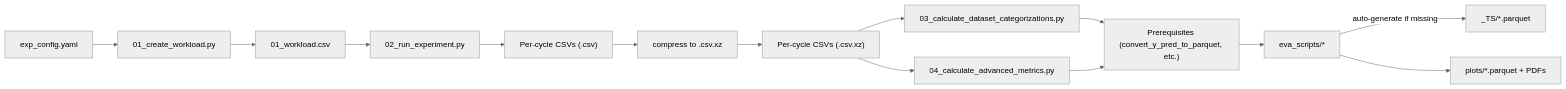
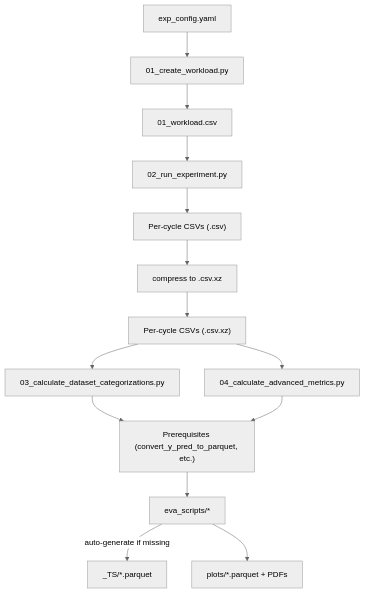
Before and after one commit to jgonsior/olympic-games-of-active-learning: the diagram in docs/personas/reproduce_and_run.md, drawn with Mermaid (neutral theme). The commit also changed other lines of this file and 6 other files, not shown here.

````diff
--- a/docs/personas/reproduce_and_run.md
+++ b/docs/personas/reproduce_and_run.md
@@ -53,16 +53,16 @@
 ```mermaid
-flowchart LR
+flowchart TD
     CFG["exp_config.yaml"] --> WL["01_create_workload.py"]
     WL --> CSV["01_workload.csv"]
     CSV --> RUN["02_run_experiment.py"]
     RUN --> RAW["Per-cycle CSVs (.csv)"]
     RAW --> CONV["compress to .csv.xz"]
     CONV --> XZ["Per-cycle CSVs (.csv.xz)"]
     XZ --> CAT["03_calculate_dataset_categorizations.py"]
     XZ --> ADV["04_calculate_advanced_metrics.py"]
     CAT --> PREP["Prerequisites (convert_y_pred_to_parquet, etc.)"]
     ADV --> PREP
     PREP --> EVA["eva_scripts/*"]
     EVA -->|"auto-generate if missing"| TS["_TS/*.parquet"]
     EVA --> PLOTS["plots/*.parquet + PDFs"]
 ```
````
